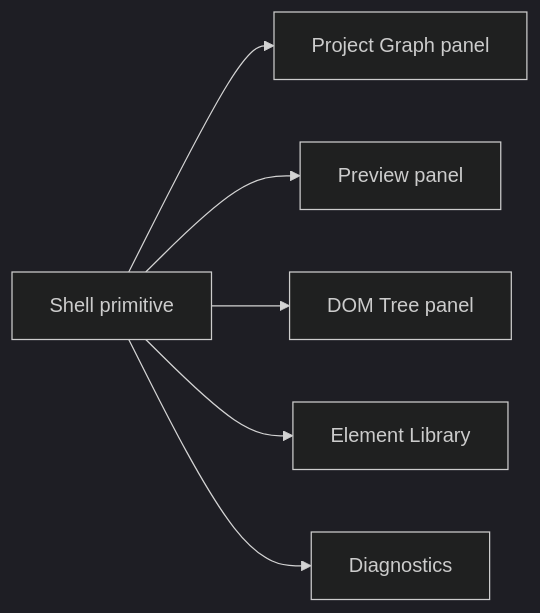
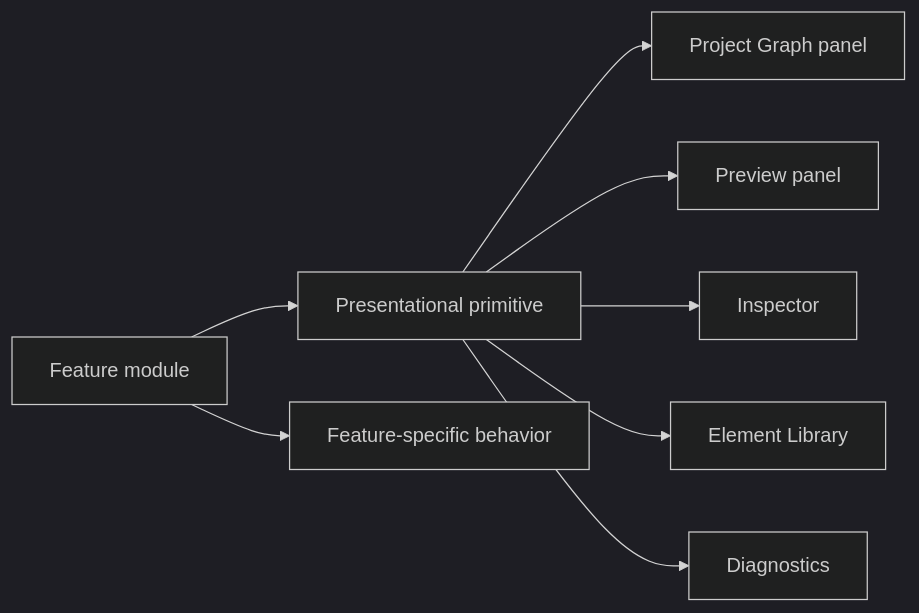
The diagram in docs/architecture/renderer-shell/shell-ui-primitives.md (krestosa/Crystal), drawn with Mermaid (dark theme) before and after one commit. The commit also changed other lines of this file and 60 other files, not shown here.

````diff
--- a/docs/architecture/renderer-shell/shell-ui-primitives.md
+++ b/docs/architecture/renderer-shell/shell-ui-primitives.md
@@ -13,8 +13,10 @@
 ```mermaid
 flowchart LR
-  Primitive[Shell primitive] --> GraphPanel[Project Graph panel]
-  Primitive --> PreviewPanel[Preview panel]
-  Primitive --> DomTree[DOM Tree panel]
+  Primitive[Presentational primitive] --> Graph[Project Graph panel]
+  Primitive --> Preview[Preview panel]
+  Primitive --> Inspector[Inspector]
   Primitive --> Library[Element Library]
   Primitive --> Diagnostics[Diagnostics]
+  Feature[Feature module] --> Primitive
+  Feature --> Behavior[Feature-specific behavior]
 ```
````
